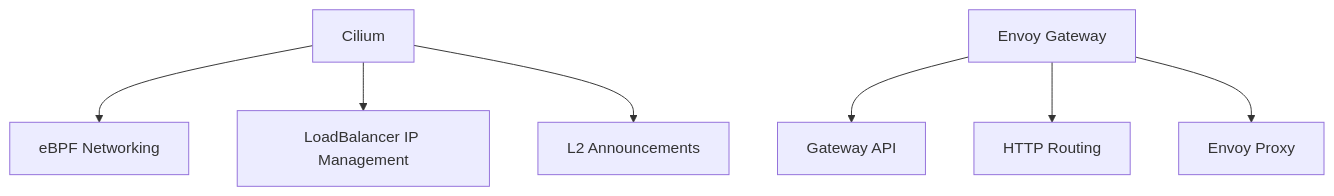
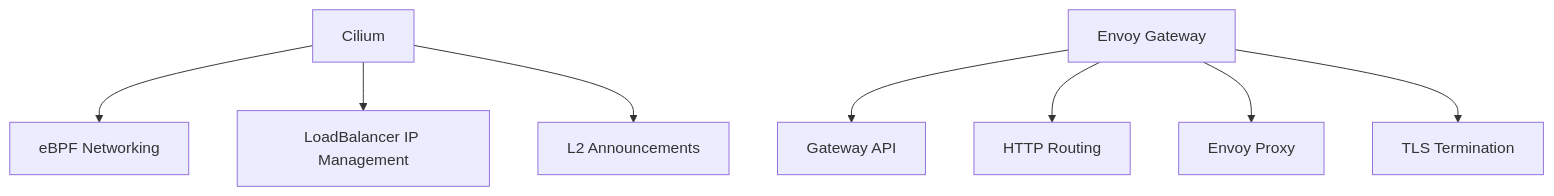
Diagram 15 of 18 in docs/03-gateway-api/README.md (ahmed-sayed-devops/microservices-platform-gitops), drawn with Mermaid before and after one commit. The commit also changed other lines of this file, not shown here.

Commit message:
docs: update Gateway API documentation with TLS

````diff
--- a/docs/03-gateway-api/README.md
+++ b/docs/03-gateway-api/README.md
@@ -671,20 +915,22 @@
 ```mermaid
 graph TD
     Cilium[Cilium]
     Network[eBPF Networking]
     LBIPAM[LoadBalancer IP Management]
     L2[L2 Announcements]
 
     Envoy[Envoy Gateway]
     GatewayAPI[Gateway API]
     HTTPRouting[HTTP Routing]
     Proxy[Envoy Proxy]
+    TLS[TLS Termination]
 
     Cilium --> Network
     Cilium --> LBIPAM
     Cilium --> L2
 
     Envoy --> GatewayAPI
     Envoy --> HTTPRouting
     Envoy --> Proxy
+    Envoy --> TLS
 ```
````
